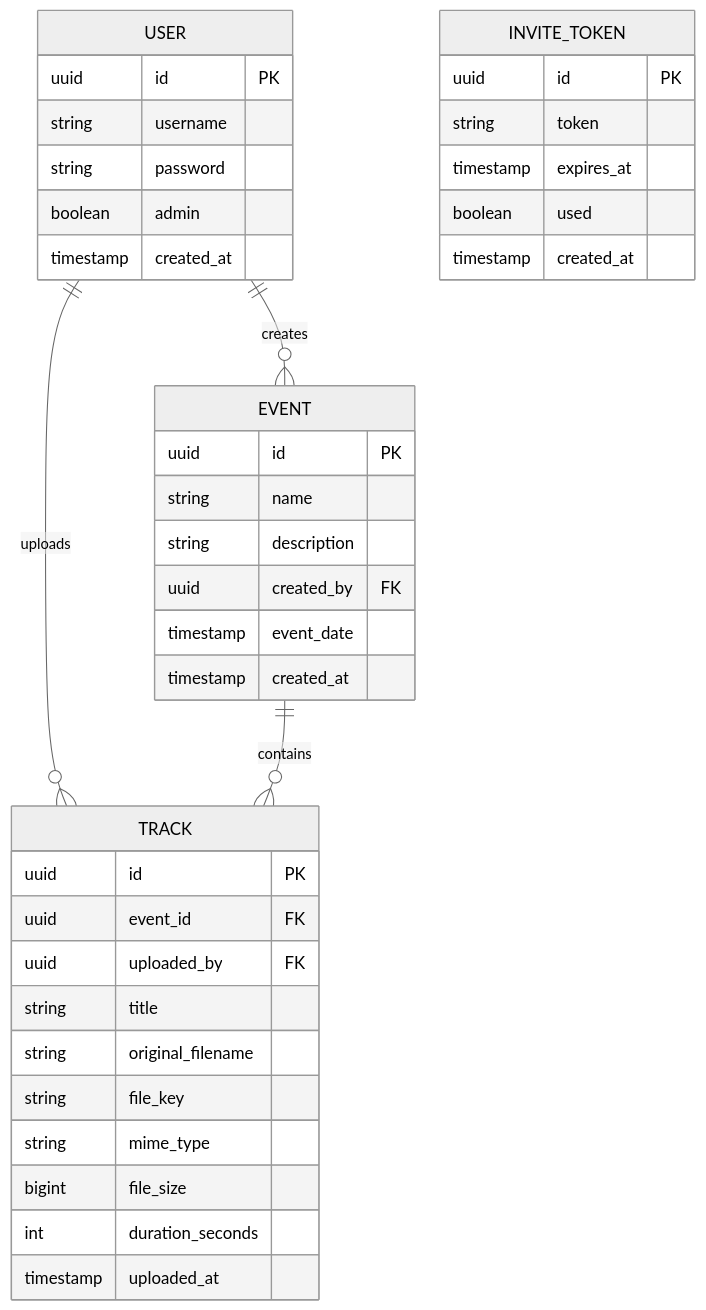
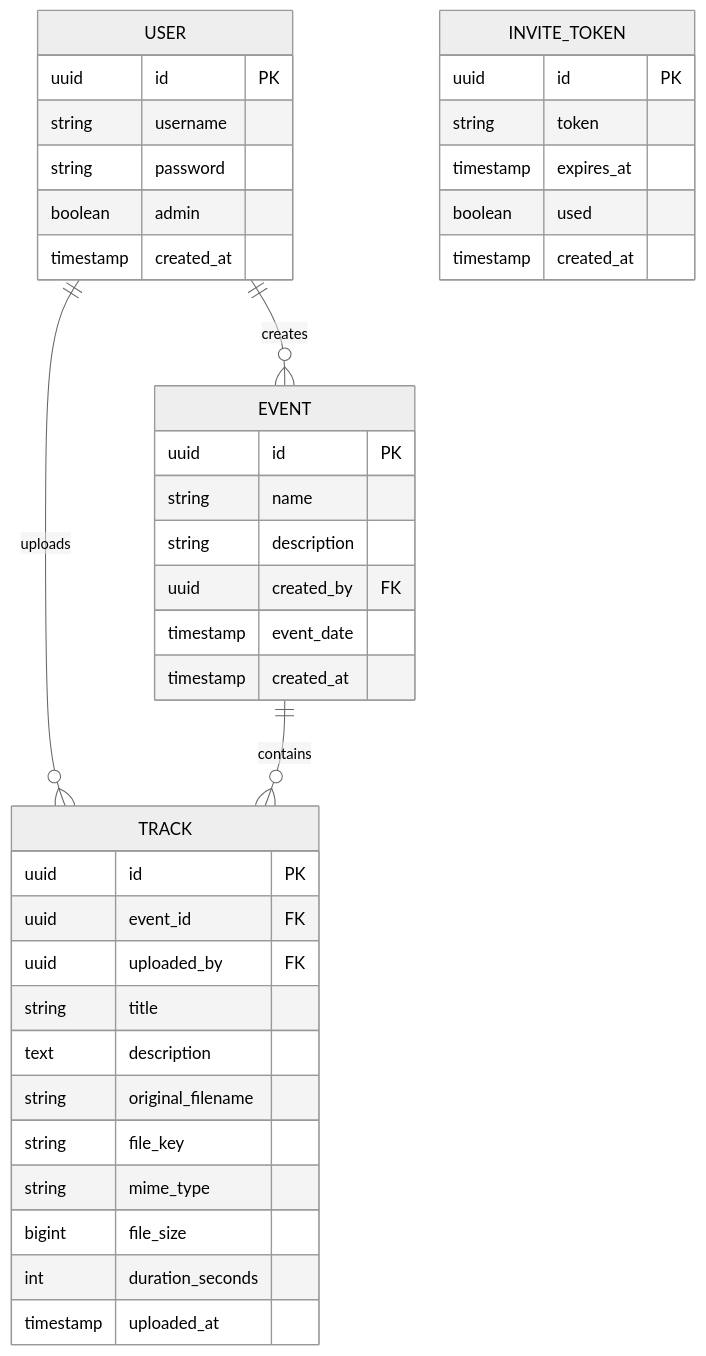
The second of 3 diagrams in README.md (bemusedPenguin/beat-sanctum), drawn with Mermaid (neutral theme) before and after one commit. The commit also changed other lines of this file, not shown here.

````diff
--- a/README.md
+++ b/README.md
@@ -34,41 +34,42 @@
 ```mermaid
 erDiagram
     USER {
         uuid id PK
         string username
         string password
         boolean admin
         timestamp created_at
     }
     EVENT {
         uuid id PK
         string name
         string description
         uuid created_by FK
         timestamp event_date
         timestamp created_at
     }
     TRACK {
         uuid id PK
         uuid event_id FK
         uuid uploaded_by FK
         string title
+        text description
         string original_filename
         string file_key
         string mime_type
         bigint file_size
         int duration_seconds
         timestamp uploaded_at
     }
     INVITE_TOKEN {
         uuid id PK
         string token
         timestamp expires_at
         boolean used
         timestamp created_at
     }
 
     USER ||--o{ EVENT : "creates"
     USER ||--o{ TRACK : "uploads"
     EVENT ||--o{ TRACK : "contains"
 ```
````
